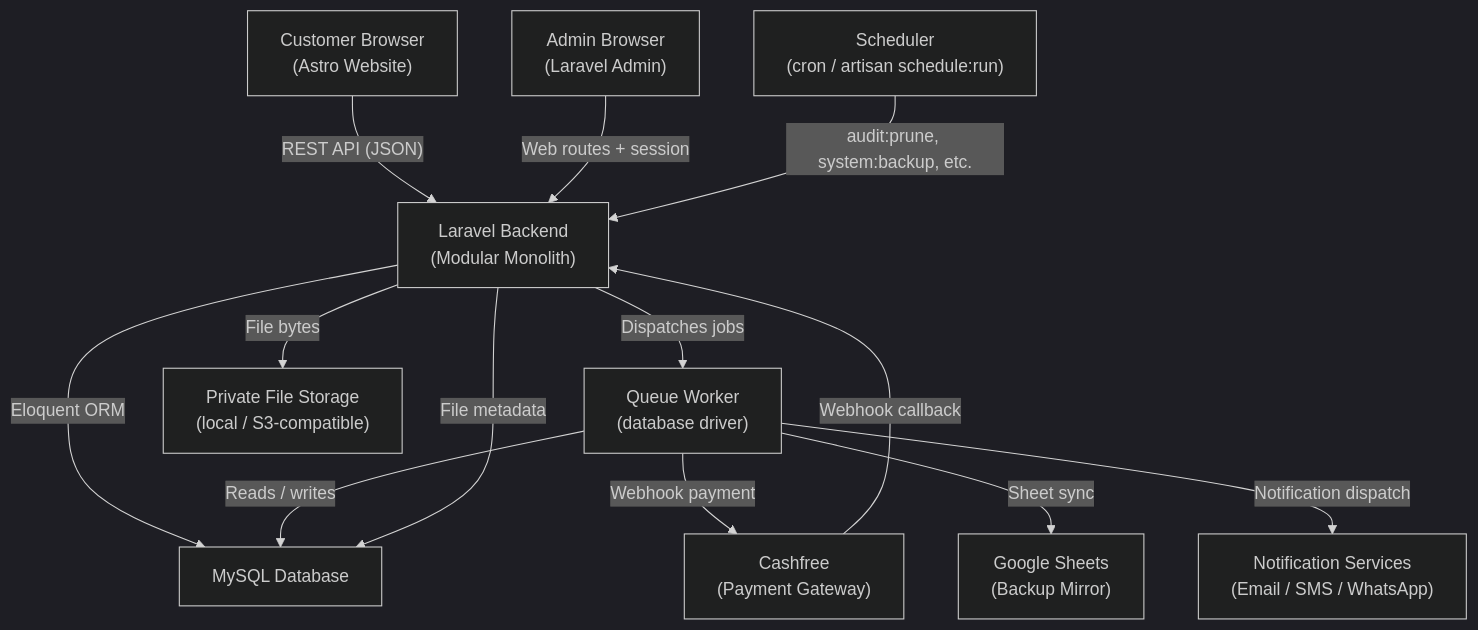
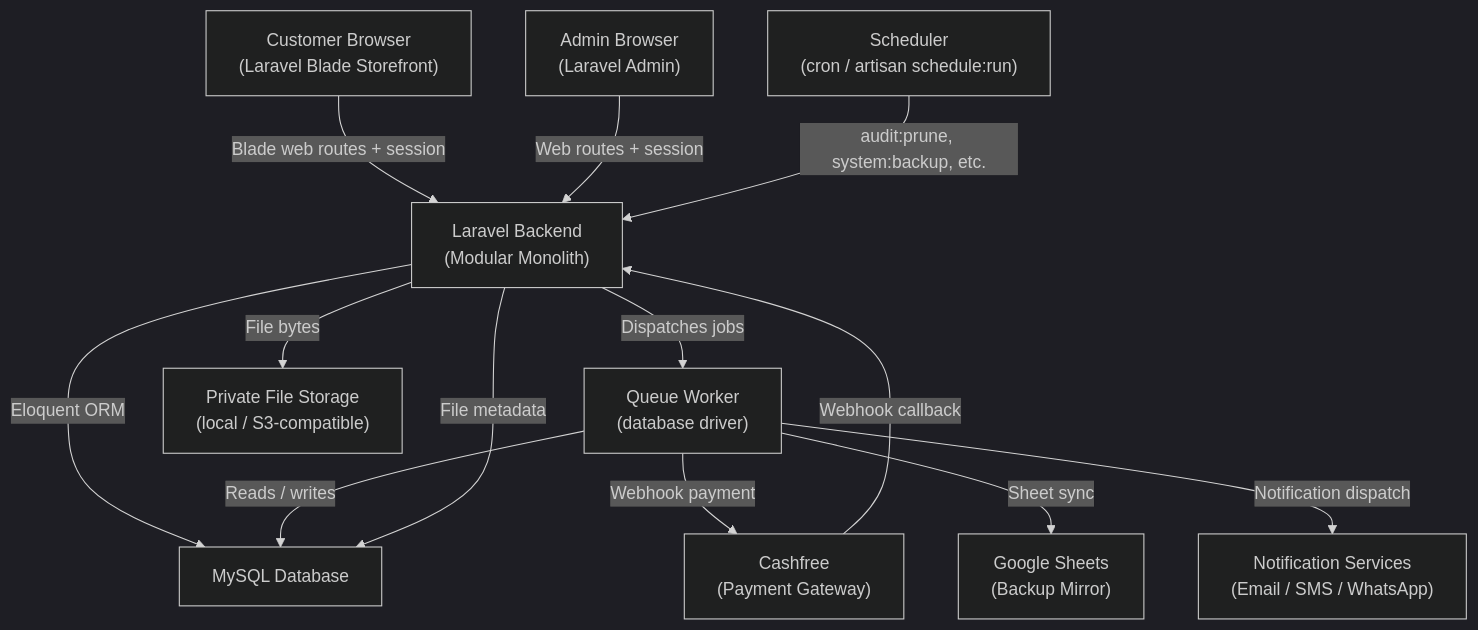
One commit to Saurav372/Okina-Business-System changed the first of 2 diagrams in docs/03_System_Architecture.md. Above: the diagram before and after it, drawn with Mermaid (dark theme). The commit also changed other lines of this file and 26 other files, not shown here.

````diff
--- a/docs/03_System_Architecture.md
+++ b/docs/03_System_Architecture.md
@@ -19,26 +19,26 @@
 ```mermaid
 flowchart TD
-    CW["Customer Browser\n(Astro Website)"]
+    CW["Customer Browser\n(Laravel Blade Storefront)"]
     AB["Admin Browser\n(Laravel Admin)"]
     BE["Laravel Backend\n(Modular Monolith)"]
     DB["MySQL Database"]
     QW["Queue Worker\n(database driver)"]
     SCH["Scheduler\n(cron / artisan schedule:run)"]
     CF["Cashfree\n(Payment Gateway)"]
     GS["Google Sheets\n(Backup Mirror)"]
     NS["Notification Services\n(Email / SMS / WhatsApp)"]
     FS["Private File Storage\n(local / S3-compatible)"]
 
-    CW -->|"REST API (JSON)"| BE
+    CW -->|"Blade web routes + session"| BE
     AB -->|"Web routes + session"| BE
     BE -->|"Eloquent ORM"| DB
     BE -->|"Dispatches jobs"| QW
     QW -->|"Reads / writes"| DB
     QW -->|"Webhook payment"| CF
     QW -->|"Sheet sync"| GS
     QW -->|"Notification dispatch"| NS
     BE -->|"File metadata"| DB
     BE -->|"File bytes"| FS
     SCH -->|"audit:prune, system:backup, etc."| BE
     CF -->|"Webhook callback"| BE
 ```
````
